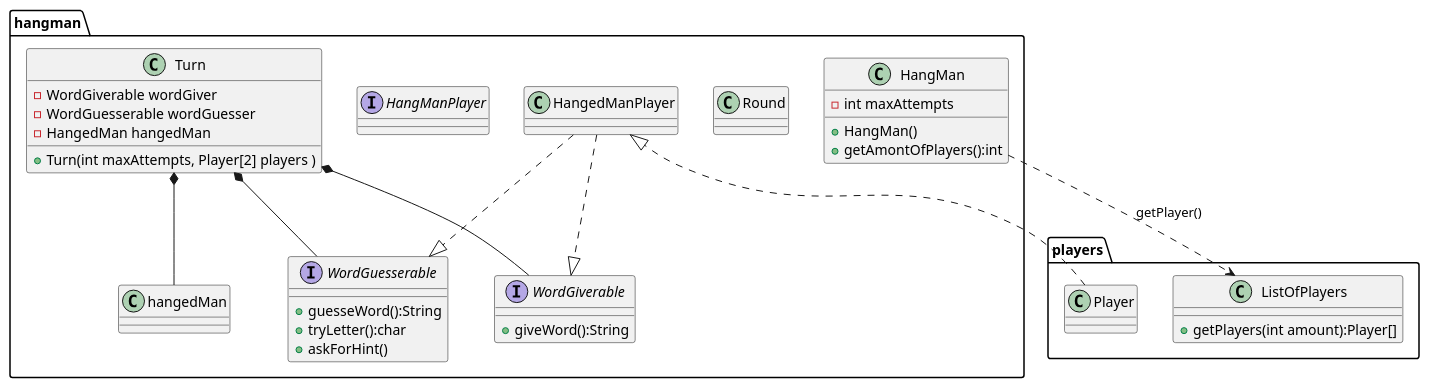
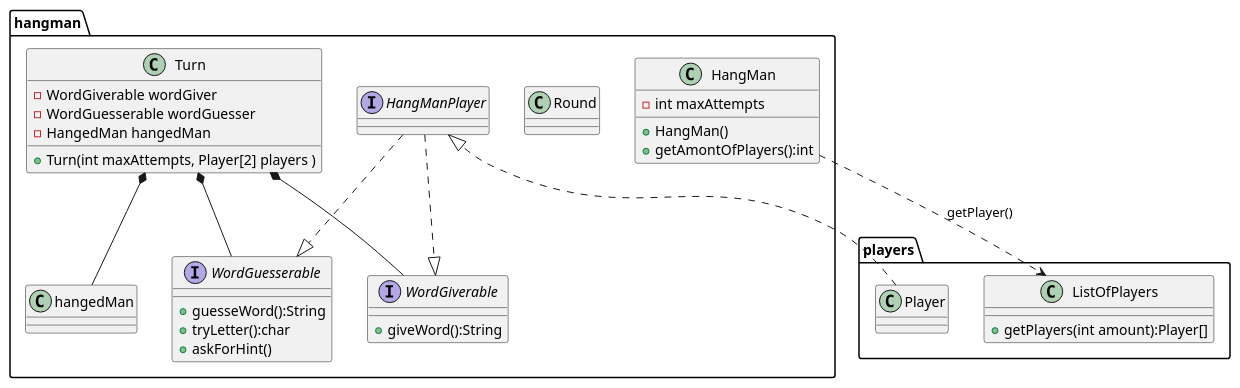
Before and after one commit to jesus-a-barrera/ExcerciseGames-ItFundamentals: the diagram in docs/class/ClassDiagramHangMan.wsd, drawn with PlantUML. The commit also changed 7 other files, not shown here.

```diff
--- a/docs/class/ClassDiagramHangMan.wsd
+++ b/docs/class/ClassDiagramHangMan.wsd
@@ -1,57 +1,57 @@
-@startuml
+@startuml classdiagramHangman
 
 package hangman{
     class HangMan{
         +HangMan()
         +getAmontOfPlayers():int
         -int maxAttempts
     }
 
     class Round{
 
     }
 
     class Turn{
         -WordGiverable wordGiver
         -WordGuesserable wordGuesser
         -HangedMan hangedMan
         +Turn(int maxAttempts, Player[2] players )
         
     }
 
 
     interface HangManPlayer{
     }
 
     interface WordGiverable{
         +giveWord():String
     }
 
     interface WordGuesserable{
         +guesseWord():String
         +tryLetter():char
         +askForHint()
     }
 
-    HangedManPlayer ..|> WordGiverable
-    HangedManPlayer ..|> WordGuesserable
+    HangManPlayer ..|> WordGiverable
+    HangManPlayer ..|> WordGuesserable
 
     Turn *-- WordGiverable
     Turn *-- WordGuesserable
     Turn *-- hangedMan
 
 }
 
 package players{
     class ListOfPlayers{
         +getPlayers(int amount):Player[]
     }
 
     class Player{
     }
 }
 
 HangMan ..> ListOfPlayers:getPlayer()
-Player ..|> HangedManPlayer
+Player ..|> HangManPlayer
 
 @enduml
```
